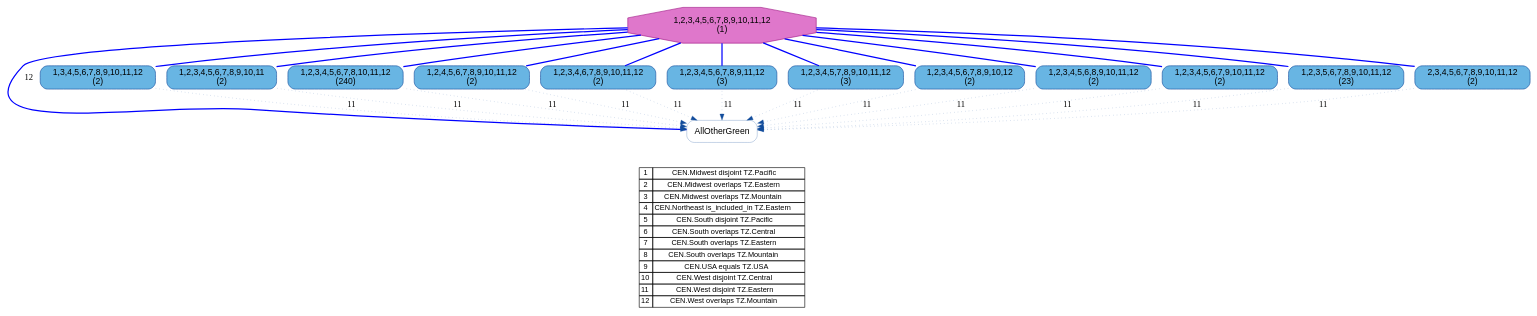
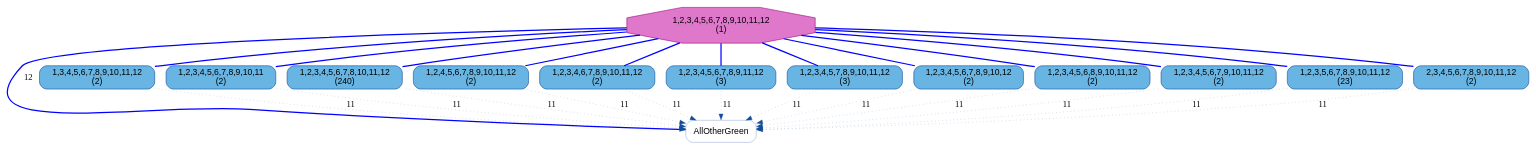
The diagram in example/regional_amblat.gv (qwang70/GraphVizDotToDatabaseParsing), drawn with Graphviz before and after one commit. The commit also changed 26 other files, not shown here.

```diff
--- a/example/regional_amblat.gv
+++ b/example/regional_amblat.gv
@@ -1,103 +1,49 @@
 digraph{
 rankdir=BT
 node[fontname="Helvetica"]
 
 "AllOtherGreen" [shape=box color="#134d9c" style=rounded penwidth=0.4]
 node[shape=octagon color="#9f1684" fillcolor="#df77cb" style=filled]
 "1,2,3,4,5,6,7,8,9,10,11,12" [label="1,2,3,4,5,6,7,8,9,10,11,12\n(1)"]
 node[shape=box color="#134d9c" fillcolor="#68b5e3" style="rounded,filled"]
 "1,3,4,5,6,7,8,9,10,11,12" [label="1,3,4,5,6,7,8,9,10,11,12\n(2)"]
 "1,2,3,4,5,6,7,8,9,10,11" [label="1,2,3,4,5,6,7,8,9,10,11\n(2)"]
 "1,2,3,4,5,6,7,8,10,11,12" [label="1,2,3,4,5,6,7,8,10,11,12\n(240)"]
 "1,2,4,5,6,7,8,9,10,11,12" [label="1,2,4,5,6,7,8,9,10,11,12\n(2)"]
 "1,2,3,4,6,7,8,9,10,11,12" [label="1,2,3,4,6,7,8,9,10,11,12\n(2)"]
 "1,2,3,4,5,6,7,8,9,11,12" [label="1,2,3,4,5,6,7,8,9,11,12\n(3)"]
 "1,2,3,4,5,7,8,9,10,11,12" [label="1,2,3,4,5,7,8,9,10,11,12\n(3)"]
 "1,2,3,4,5,6,7,8,9,10,12" [label="1,2,3,4,5,6,7,8,9,10,12\n(2)"]
 "1,2,3,4,5,6,8,9,10,11,12" [label="1,2,3,4,5,6,8,9,10,11,12\n(2)"]
 "1,2,3,4,5,6,7,9,10,11,12" [label="1,2,3,4,5,6,7,9,10,11,12\n(2)"]
 "1,2,3,5,6,7,8,9,10,11,12" [label="1,2,3,5,6,7,8,9,10,11,12\n(23)"]
 "2,3,4,5,6,7,8,9,10,11,12" [label="2,3,4,5,6,7,8,9,10,11,12\n(2)"]
 
 edge[style=dotted penwidth=0.4]
 
 "AllOtherGreen" -> "1,3,4,5,6,7,8,9,10,11,12" [dir=back color="#134d9c",label=11]
 "AllOtherGreen" -> "1,2,3,4,5,6,7,8,9,10,11" [dir=back color="#134d9c",label=11]
 "AllOtherGreen" -> "1,2,3,4,5,6,7,8,10,11,12" [dir=back color="#134d9c",label=11]
 "AllOtherGreen" -> "1,2,4,5,6,7,8,9,10,11,12" [dir=back color="#134d9c",label=11]
 "AllOtherGreen" -> "1,2,3,4,6,7,8,9,10,11,12" [dir=back color="#134d9c",label=11]
 "AllOtherGreen" -> "1,2,3,4,5,6,7,8,9,11,12" [dir=back color="#134d9c",label=11]
 "AllOtherGreen" -> "1,2,3,4,5,7,8,9,10,11,12" [dir=back color="#134d9c",label=11]
 "AllOtherGreen" -> "1,2,3,4,5,6,7,8,9,10,12" [dir=back color="#134d9c",label=11]
 "AllOtherGreen" -> "1,2,3,4,5,6,8,9,10,11,12" [dir=back color="#134d9c",label=11]
 "AllOtherGreen" -> "1,2,3,4,5,6,7,9,10,11,12" [dir=back color="#134d9c",label=11]
 "AllOtherGreen" -> "1,2,3,5,6,7,8,9,10,11,12" [dir=back color="#134d9c",label=11]
 "AllOtherGreen" -> "2,3,4,5,6,7,8,9,10,11,12" [dir=back color="#134d9c",label=11]
 "1,2,3,4,5,6,7,8,9,10,11" -> "1,2,3,4,5,6,7,8,9,10,11,12" [arrowhead=none color="#0000FF" penwidth=2 style=solid]
 "1,2,3,4,5,6,7,8,9,10,12" -> "1,2,3,4,5,6,7,8,9,10,11,12" [arrowhead=none color="#0000FF" penwidth=2 style=solid]
 "1,2,3,4,5,6,7,8,9,11,12" -> "1,2,3,4,5,6,7,8,9,10,11,12" [arrowhead=none color="#0000FF" penwidth=2 style=solid]
 "1,2,3,4,5,6,7,8,10,11,12" -> "1,2,3,4,5,6,7,8,9,10,11,12" [arrowhead=none color="#0000FF" penwidth=2 style=solid]
 "1,2,3,4,5,6,7,9,10,11,12" -> "1,2,3,4,5,6,7,8,9,10,11,12" [arrowhead=none color="#0000FF" penwidth=2 style=solid]
 "1,2,3,4,5,6,8,9,10,11,12" -> "1,2,3,4,5,6,7,8,9,10,11,12" [arrowhead=none color="#0000FF" penwidth=2 style=solid]
 "1,2,3,4,5,7,8,9,10,11,12" -> "1,2,3,4,5,6,7,8,9,10,11,12" [arrowhead=none color="#0000FF" penwidth=2 style=solid]
 "1,2,3,4,6,7,8,9,10,11,12" -> "1,2,3,4,5,6,7,8,9,10,11,12" [arrowhead=none color="#0000FF" penwidth=2 style=solid]
 "1,2,3,5,6,7,8,9,10,11,12" -> "1,2,3,4,5,6,7,8,9,10,11,12" [arrowhead=none color="#0000FF" penwidth=2 style=solid]
 "1,2,4,5,6,7,8,9,10,11,12" -> "1,2,3,4,5,6,7,8,9,10,11,12" [arrowhead=none color="#0000FF" penwidth=2 style=solid]
 "1,3,4,5,6,7,8,9,10,11,12" -> "1,2,3,4,5,6,7,8,9,10,11,12" [arrowhead=none color="#0000FF" penwidth=2 style=solid]
 "2,3,4,5,6,7,8,9,10,11,12" -> "1,2,3,4,5,6,7,8,9,10,11,12" [arrowhead=none color="#0000FF" penwidth=2 style=solid]
 "AllOtherGreen" -> "1,2,3,4,5,6,7,8,9,10,11,12" [arrowhead=none color="#0000FF" penwidth=2 style=solid label=12]
-node[shape=plaintext fontsize=12 color=black fillcolor=white] 
-{rank=top Legend [label=< 
- <TABLE BORDER="0" CELLBORDER="1" CELLSPACING="0" CELLPADDING="2"> 
-<TR> 
- <TD>1</TD> 
- <TD>CEN.Midwest disjoint TZ.Pacific</TD> 
- </TR> 
-<TR> 
- <TD>2</TD> 
- <TD>CEN.Midwest overlaps TZ.Eastern</TD> 
- </TR> 
-<TR> 
- <TD>3</TD> 
- <TD>CEN.Midwest overlaps TZ.Mountain</TD> 
- </TR> 
-<TR> 
- <TD>4</TD> 
- <TD>CEN.Northeast is_included_in TZ.Eastern</TD> 
- </TR> 
-<TR> 
- <TD>5</TD> 
- <TD>CEN.South disjoint TZ.Pacific</TD> 
- </TR> 
-<TR> 
- <TD>6</TD> 
- <TD>CEN.South overlaps TZ.Central</TD> 
- </TR> 
-<TR> 
- <TD>7</TD> 
- <TD>CEN.South overlaps TZ.Eastern</TD> 
- </TR> 
-<TR> 
- <TD>8</TD> 
- <TD>CEN.South overlaps TZ.Mountain</TD> 
- </TR> 
-<TR> 
- <TD>9</TD> 
- <TD>CEN.USA equals TZ.USA</TD> 
- </TR> 
-<TR> 
- <TD>10</TD> 
- <TD>CEN.West disjoint TZ.Central</TD> 
- </TR> 
-<TR> 
- <TD>11</TD> 
- <TD>CEN.West disjoint TZ.Eastern</TD> 
- </TR> 
-<TR> 
- <TD>12</TD> 
- <TD>CEN.West overlaps TZ.Mountain</TD> 
- </TR> 
-</TABLE> 
- >] } 
-Legend -> "AllOtherGreen" [style=invis]
 }
```
